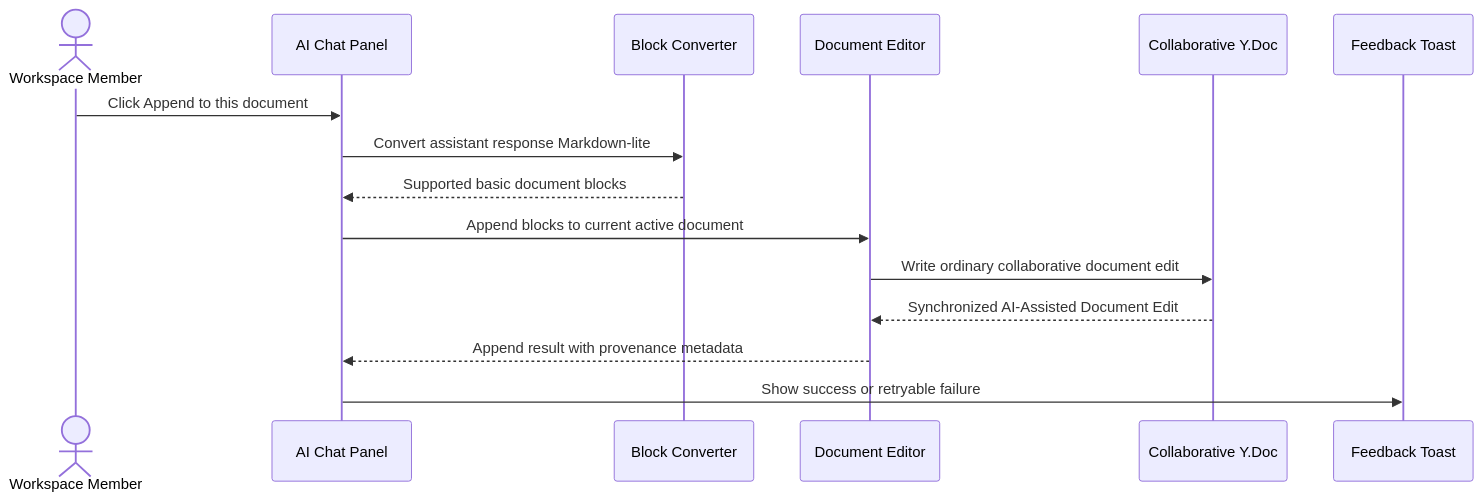
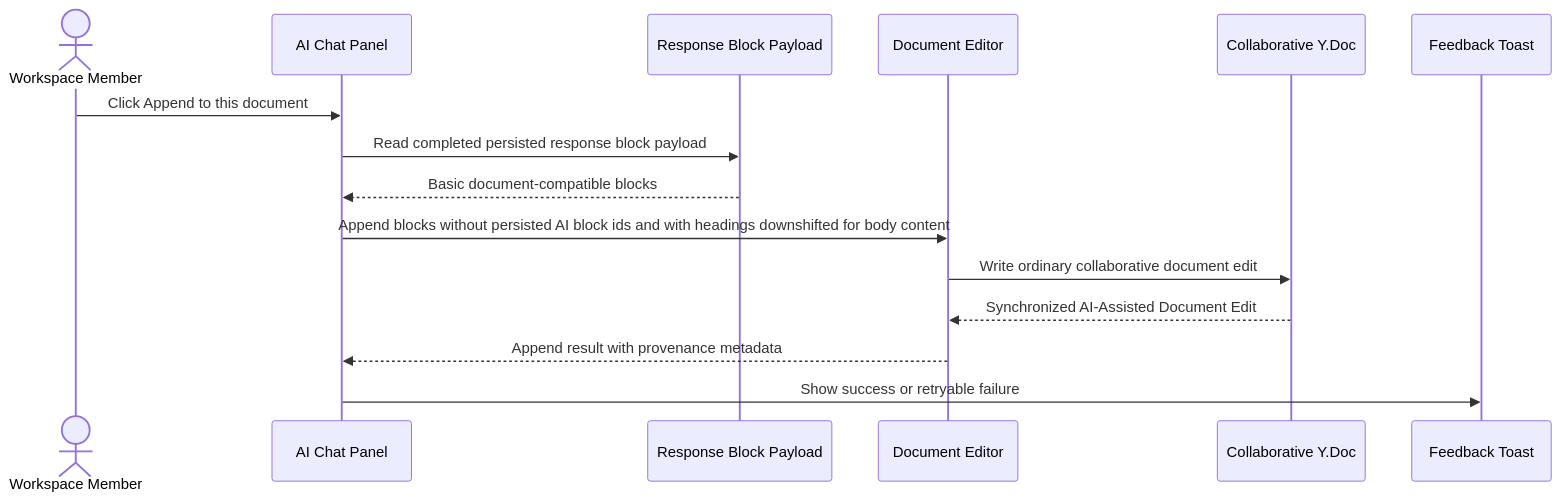
Before and after one commit to dauphaihau-camille/camille: the diagram in docs/features/ai-assistance/flows/append-to-document.md, drawn with Mermaid. The commit also changed other lines of this file and 5 other files, not shown here.

Commit message:
docs(ai-assistance): document structured response block streaming

````diff
--- a/docs/features/ai-assistance/flows/append-to-document.md
+++ b/docs/features/ai-assistance/flows/append-to-document.md
@@ -5,18 +5,18 @@
 ```mermaid
 sequenceDiagram
   actor Member as Workspace Member
   participant Panel as AI Chat Panel
-  participant Converter as Block Converter
+  participant Payload as Response Block Payload
   participant Editor as Document Editor
   participant Yjs as Collaborative Y.Doc
   participant Toast as Feedback Toast
 
   Member->>Panel: Click Append to this document
-  Panel->>Converter: Convert assistant response Markdown-lite
-  Converter-->>Panel: Supported basic document blocks
-  Panel->>Editor: Append blocks to current active document
+  Panel->>Payload: Read completed persisted response block payload
+  Payload-->>Panel: Basic document-compatible blocks
+  Panel->>Editor: Append blocks without persisted AI block ids and with headings downshifted for body content
   Editor->>Yjs: Write ordinary collaborative document edit
   Yjs-->>Editor: Synchronized AI-Assisted Document Edit
   Editor-->>Panel: Append result with provenance metadata
   Panel->>Toast: Show success or retryable failure
 ```
````
